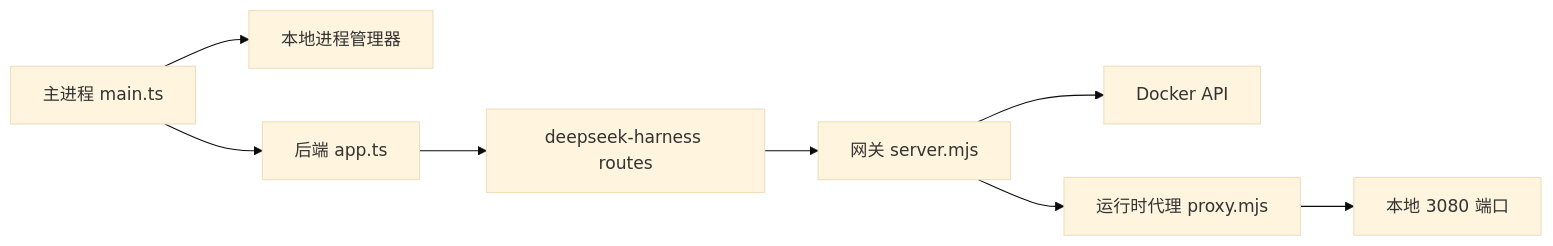
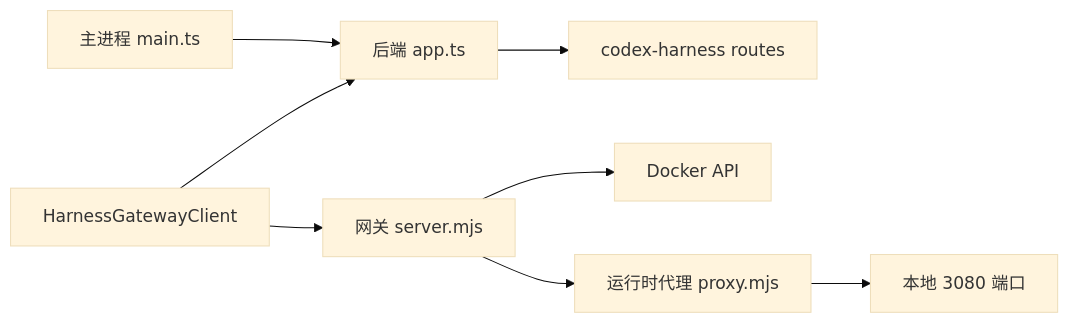
The fifth of 5 diagrams in .qoder/repowiki/zh/content/核心服务/DeepSeek Codex 集成架构.md (iljahofbauer219-lang/yandu), drawn with Mermaid (base theme) before and after one commit. The commit also changed other lines of this file and 3071 other files, not shown here.

````diff
--- a/.qoder/repowiki/zh/content/核心服务/DeepSeek Codex 集成架构.md
+++ b/.qoder/repowiki/zh/content/核心服务/DeepSeek Codex 集成架构.md
@@ -253,10 +251,10 @@
 ```mermaid
 graph LR
-Main["主进程 main.ts"] --> LocalMgr["本地进程管理器"]
-Main --> Backend["后端 app.ts"]
-Backend --> Routes["deepseek-harness routes"]
-Routes --> Gateway["网关 server.mjs"]
+Main["主进程 main.ts"] --> Backend["后端 app.ts"]
+Backend --> Routes["codex-harness routes"]
+HC["HarnessGatewayClient"] --> Backend
+HC --> Gateway["网关 server.mjs"]
 Gateway --> Docker["Docker API"]
 Gateway --> Runtime["运行时代理 proxy.mjs"]
 Runtime --> LocalPort["本地 3080 端口"]
 ```
````
